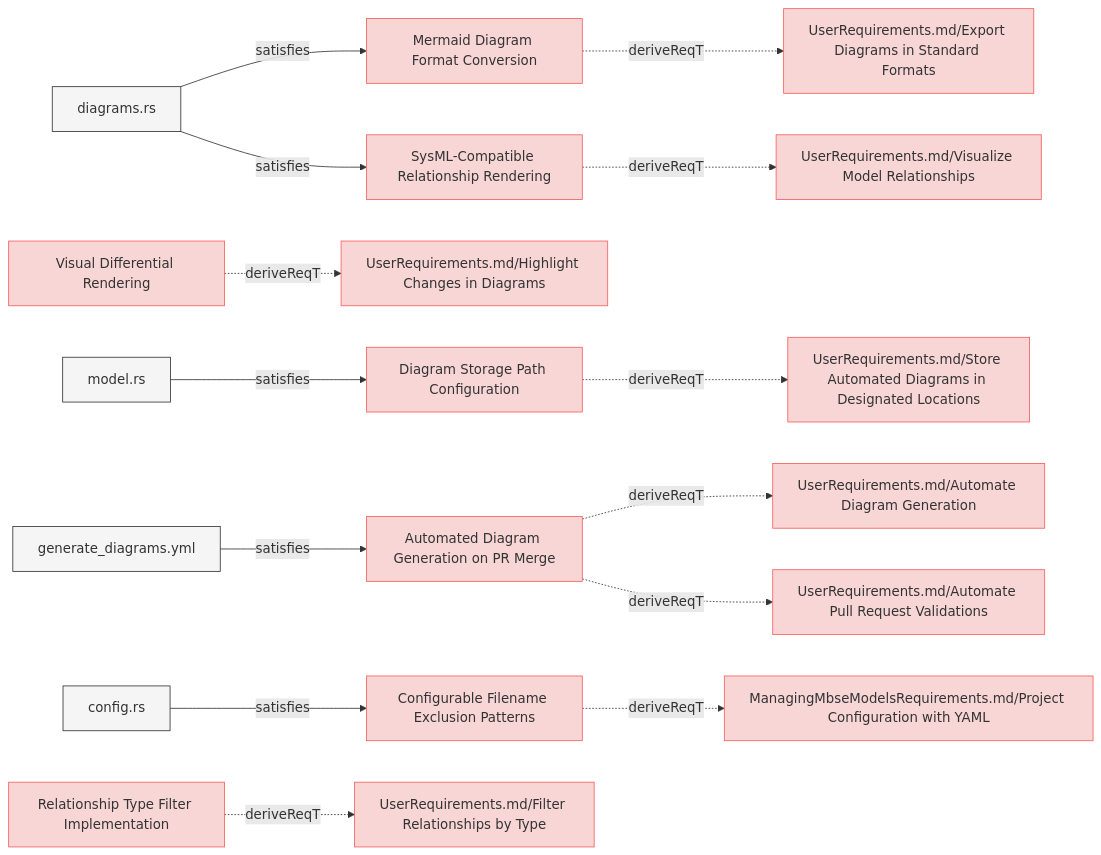
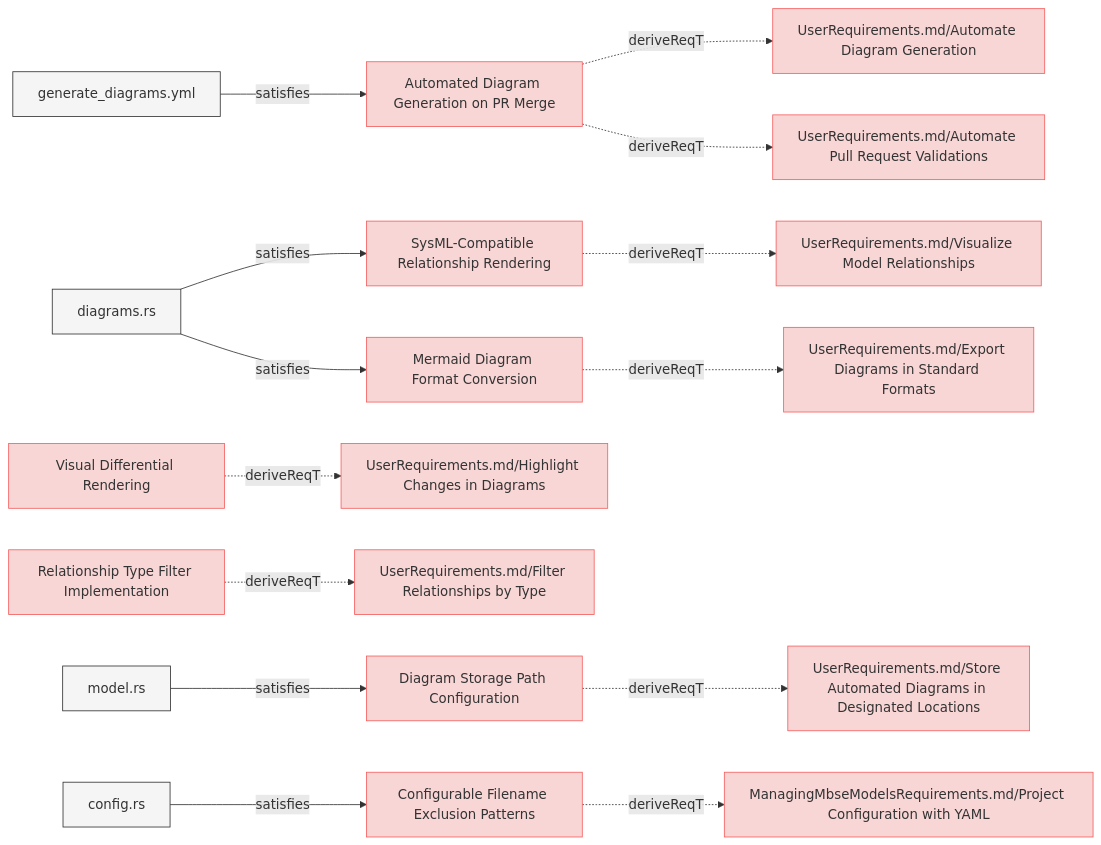
The fifth of 8 diagrams in specifications/SystemRequirements/Requirements.md (reqvire-org/reqvire), drawn with Mermaid before and after one commit. The commit also changed other lines of this file and 20 other files, not shown here.

````diff
--- a/specifications/SystemRequirements/Requirements.md
+++ b/specifications/SystemRequirements/Requirements.md
@@ -497,79 +489,79 @@
 ```mermaid
 graph LR;
   %% Graph styling
   classDef requirement fill:#f9d6d6,stroke:#f55f5f,stroke-width:1px;
   classDef verification fill:#d6f9d6,stroke:#5fd75f,stroke-width:1px;
   classDef externalLink fill:#d0e0ff,stroke:#3080ff,stroke-width:1px;
   classDef default fill:#f5f5f5,stroke:#333333,stroke-width:1px;
 
+  793154acc336992c["Automated Diagram Generation on PR Merge"];
+  click 793154acc336992c "https://github.com/Reqvire/reqvire/blob/667635d4628fed400323f7df3689af2dbc2ad666/specifications/SystemRequirements/Requirements.md#automated-diagram-generation-on-pr-merge";
+  class 793154acc336992c requirement;
+  c522cf4c404bdc24["UserRequirements.md/Automate Diagram Generation"];
+  class c522cf4c404bdc24 requirement;
+  click c522cf4c404bdc24 "https://github.com/Reqvire/reqvire/blob/667635d4628fed400323f7df3689af2dbc2ad666/specifications/UserRequirements.md#automate-diagram-generation";
+  793154acc336992c -.->|deriveReqT| c522cf4c404bdc24;
+  b41f362e18fb2449["UserRequirements.md/Automate Pull Request Validations"];
+  class b41f362e18fb2449 requirement;
+  click b41f362e18fb2449 "https://github.com/Reqvire/reqvire/blob/667635d4628fed400323f7df3689af2dbc2ad666/specifications/UserRequirements.md#automate-pull-request-validations";
+  793154acc336992c -.->|deriveReqT| b41f362e18fb2449;
+  fdd29f919065644d["generate_diagrams.yml"];
+  class fdd29f919065644d default;
+  click fdd29f919065644d "https://github.com/Reqvire/reqvire/blob/667635d4628fed400323f7df3689af2dbc2ad666/.github/workflows/generate_diagrams.yml";
+  fdd29f919065644d -->|satisfies| 793154acc336992c;
+  5071808e4276f33a["SysML-Compatible Relationship Rendering"];
+  click 5071808e4276f33a "https://github.com/Reqvire/reqvire/blob/667635d4628fed400323f7df3689af2dbc2ad666/specifications/SystemRequirements/Requirements.md#sysml-compatible-relationship-rendering";
+  class 5071808e4276f33a requirement;
+  eed0b020b6ddeae1["UserRequirements.md/Visualize Model Relationships"];
+  class eed0b020b6ddeae1 requirement;
+  click eed0b020b6ddeae1 "https://github.com/Reqvire/reqvire/blob/667635d4628fed400323f7df3689af2dbc2ad666/specifications/UserRequirements.md#visualize-model-relationships";
+  5071808e4276f33a -.->|deriveReqT| eed0b020b6ddeae1;
+  95f7dce6aff47396["diagrams.rs"];
+  class 95f7dce6aff47396 default;
+  click 95f7dce6aff47396 "https://github.com/Reqvire/reqvire/blob/667635d4628fed400323f7df3689af2dbc2ad666/core/src/diagrams.rs";
+  95f7dce6aff47396 -->|satisfies| 5071808e4276f33a;
+  d812c13722abb71d["Visual Differential Rendering"];
+  click d812c13722abb71d "https://github.com/Reqvire/reqvire/blob/667635d4628fed400323f7df3689af2dbc2ad666/specifications/SystemRequirements/Requirements.md#visual-differential-rendering";
+  class d812c13722abb71d requirement;
+  ac914f743d73674e["UserRequirements.md/Highlight Changes in Diagrams"];
+  class ac914f743d73674e requirement;
+  click ac914f743d73674e "https://github.com/Reqvire/reqvire/blob/667635d4628fed400323f7df3689af2dbc2ad666/specifications/UserRequirements.md#highlight-changes-in-diagrams";
+  d812c13722abb71d -.->|deriveReqT| ac914f743d73674e;
+  cb1ad39c7552a3cd["Diagram Storage Path Configuration"];
+  click cb1ad39c7552a3cd "https://github.com/Reqvire/reqvire/blob/667635d4628fed400323f7df3689af2dbc2ad666/specifications/SystemRequirements/Requirements.md#diagram-storage-path-configuration";
+  class cb1ad39c7552a3cd requirement;
+  89097c1311055b72["UserRequirements.md/Store Automated Diagrams in Designated Locations"];
+  class 89097c1311055b72 requirement;
+  click 89097c1311055b72 "https://github.com/Reqvire/reqvire/blob/667635d4628fed400323f7df3689af2dbc2ad666/specifications/UserRequirements.md#store-automated-diagrams-in-designated-locations";
+  cb1ad39c7552a3cd -.->|deriveReqT| 89097c1311055b72;
+  36fd2b1e82621caf["model.rs"];
+  class 36fd2b1e82621caf default;
+  click 36fd2b1e82621caf "https://github.com/Reqvire/reqvire/blob/667635d4628fed400323f7df3689af2dbc2ad666/core/src/model.rs";
+  36fd2b1e82621caf -->|satisfies| cb1ad39c7552a3cd;
+  bd72564894314bf6["Relationship Type Filter Implementation"];
+  click bd72564894314bf6 "https://github.com/Reqvire/reqvire/blob/667635d4628fed400323f7df3689af2dbc2ad666/specifications/SystemRequirements/Requirements.md#relationship-type-filter-implementation";
+  class bd72564894314bf6 requirement;
+  66e9d8186acafd13["UserRequirements.md/Filter Relationships by Type"];
+  class 66e9d8186acafd13 requirement;
+  click 66e9d8186acafd13 "https://github.com/Reqvire/reqvire/blob/667635d4628fed400323f7df3689af2dbc2ad666/specifications/UserRequirements.md#filter-relationships-by-type";
+  bd72564894314bf6 -.->|deriveReqT| 66e9d8186acafd13;
   b8208c9b1d6a312a["Mermaid Diagram Format Conversion"];
-  click b8208c9b1d6a312a "https://github.com/Reqvire/reqvire/blob/30536324899084e88969175e3613c971ffa6e108/specifications/SystemRequirements/Requirements.md#mermaid-diagram-format-conversion";
+  click b8208c9b1d6a312a "https://github.com/Reqvire/reqvire/blob/667635d4628fed400323f7df3689af2dbc2ad666/specifications/SystemRequirements/Requirements.md#mermaid-diagram-format-conversion";
   class b8208c9b1d6a312a requirement;
   a0274ca0625d8493["UserRequirements.md/Export Diagrams in Standard Formats"];
   class a0274ca0625d8493 requirement;
-  click a0274ca0625d8493 "https://github.com/Reqvire/reqvire/blob/30536324899084e88969175e3613c971ffa6e108/specifications/UserRequirements.md#export-diagrams-in-standard-formats";
+  click a0274ca0625d8493 "https://github.com/Reqvire/reqvire/blob/667635d4628fed400323f7df3689af2dbc2ad666/specifications/UserRequirements.md#export-diagrams-in-standard-formats";
   b8208c9b1d6a312a -.->|deriveReqT| a0274ca0625d8493;
-  95f7dce6aff47396["diagrams.rs"];
-  class 95f7dce6aff47396 default;
-  click 95f7dce6aff47396 "https://github.com/Reqvire/reqvire/blob/30536324899084e88969175e3613c971ffa6e108/core/src/diagrams.rs";
   95f7dce6aff47396 -->|satisfies| b8208c9b1d6a312a;
-  cb1ad39c7552a3cd["Diagram Storage Path Configuration"];
-  click cb1ad39c7552a3cd "https://github.com/Reqvire/reqvire/blob/30536324899084e88969175e3613c971ffa6e108/specifications/SystemRequirements/Requirements.md#diagram-storage-path-configuration";
-  class cb1ad39c7552a3cd requirement;
-  89097c1311055b72["UserRequirements.md/Store Automated Diagrams in Designated Locations"];
-  class 89097c1311055b72 requirement;
-  click 89097c1311055b72 "https://github.com/Reqvire/reqvire/blob/30536324899084e88969175e3613c971ffa6e108/specifications/UserRequirements.md#store-automated-diagrams-in-designated-locations";
-  cb1ad39c7552a3cd -.->|deriveReqT| 89097c1311055b72;
-  36fd2b1e82621caf["model.rs"];
-  class 36fd2b1e82621caf default;
-  click 36fd2b1e82621caf "https://github.com/Reqvire/reqvire/blob/30536324899084e88969175e3613c971ffa6e108/core/src/model.rs";
-  36fd2b1e82621caf -->|satisfies| cb1ad39c7552a3cd;
-  d812c13722abb71d["Visual Differential Rendering"];
-  click d812c13722abb71d "https://github.com/Reqvire/reqvire/blob/30536324899084e88969175e3613c971ffa6e108/specifications/SystemRequirements/Requirements.md#visual-differential-rendering";
-  class d812c13722abb71d requirement;
-  ac914f743d73674e["UserRequirements.md/Highlight Changes in Diagrams"];
-  class ac914f743d73674e requirement;
-  click ac914f743d73674e "https://github.com/Reqvire/reqvire/blob/30536324899084e88969175e3613c971ffa6e108/specifications/UserRequirements.md#highlight-changes-in-diagrams";
-  d812c13722abb71d -.->|deriveReqT| ac914f743d73674e;
-  793154acc336992c["Automated Diagram Generation on PR Merge"];
-  click 793154acc336992c "https://github.com/Reqvire/reqvire/blob/30536324899084e88969175e3613c971ffa6e108/specifications/SystemRequirements/Requirements.md#automated-diagram-generation-on-pr-merge";
-  class 793154acc336992c requirement;
-  c522cf4c404bdc24["UserRequirements.md/Automate Diagram Generation"];
-  class c522cf4c404bdc24 requirement;
-  click c522cf4c404bdc24 "https://github.com/Reqvire/reqvire/blob/30536324899084e88969175e3613c971ffa6e108/specifications/UserRequirements.md#automate-diagram-generation";
-  793154acc336992c -.->|deriveReqT| c522cf4c404bdc24;
-  b41f362e18fb2449["UserRequirements.md/Automate Pull Request Validations"];
-  class b41f362e18fb2449 requirement;
-  click b41f362e18fb2449 "https://github.com/Reqvire/reqvire/blob/30536324899084e88969175e3613c971ffa6e108/specifications/UserRequirements.md#automate-pull-request-validations";
-  793154acc336992c -.->|deriveReqT| b41f362e18fb2449;
-  fdd29f919065644d["generate_diagrams.yml"];
-  class fdd29f919065644d default;
-  click fdd29f919065644d "https://github.com/Reqvire/reqvire/blob/30536324899084e88969175e3613c971ffa6e108/.github/workflows/generate_diagrams.yml";
-  fdd29f919065644d -->|satisfies| 793154acc336992c;
   4bf74699f40f4a76["Configurable Filename Exclusion Patterns"];
-  click 4bf74699f40f4a76 "https://github.com/Reqvire/reqvire/blob/30536324899084e88969175e3613c971ffa6e108/specifications/SystemRequirements/Requirements.md#configurable-filename-exclusion-patterns";
+  click 4bf74699f40f4a76 "https://github.com/Reqvire/reqvire/blob/667635d4628fed400323f7df3689af2dbc2ad666/specifications/SystemRequirements/Requirements.md#configurable-filename-exclusion-patterns";
   class 4bf74699f40f4a76 requirement;
   b3ef0fb91572bcf0["ManagingMbseModelsRequirements.md/Project Configuration with YAML"];
   class b3ef0fb91572bcf0 requirement;
-  click b3ef0fb91572bcf0 "https://github.com/Reqvire/reqvire/blob/30536324899084e88969175e3613c971ffa6e108/specifications/ManagingMbseModelsRequirements.md#project-configuration-with-yaml";
+  click b3ef0fb91572bcf0 "https://github.com/Reqvire/reqvire/blob/667635d4628fed400323f7df3689af2dbc2ad666/specifications/ManagingMbseModelsRequirements.md#project-configuration-with-yaml";
   4bf74699f40f4a76 -.->|deriveReqT| b3ef0fb91572bcf0;
   d89f4b0d2edaac20["config.rs"];
   class d89f4b0d2edaac20 default;
-  click d89f4b0d2edaac20 "https://github.com/Reqvire/reqvire/blob/30536324899084e88969175e3613c971ffa6e108/cli/src/config.rs";
+  click d89f4b0d2edaac20 "https://github.com/Reqvire/reqvire/blob/667635d4628fed400323f7df3689af2dbc2ad666/cli/src/config.rs";
   d89f4b0d2edaac20 -->|satisfies| 4bf74699f40f4a76;
-  5071808e4276f33a["SysML-Compatible Relationship Rendering"];
-  click 5071808e4276f33a "https://github.com/Reqvire/reqvire/blob/30536324899084e88969175e3613c971ffa6e108/specifications/SystemRequirements/Requirements.md#sysml-compatible-relationship-rendering";
-  class 5071808e4276f33a requirement;
-  eed0b020b6ddeae1["UserRequirements.md/Visualize Model Relationships"];
-  class eed0b020b6ddeae1 requirement;
-  click eed0b020b6ddeae1 "https://github.com/Reqvire/reqvire/blob/30536324899084e88969175e3613c971ffa6e108/specifications/UserRequirements.md#visualize-model-relationships";
-  5071808e4276f33a -.->|deriveReqT| eed0b020b6ddeae1;
-  95f7dce6aff47396 -->|satisfies| 5071808e4276f33a;
-  bd72564894314bf6["Relationship Type Filter Implementation"];
-  click bd72564894314bf6 "https://github.com/Reqvire/reqvire/blob/30536324899084e88969175e3613c971ffa6e108/specifications/SystemRequirements/Requirements.md#relationship-type-filter-implementation";
-  class bd72564894314bf6 requirement;
-  66e9d8186acafd13["UserRequirements.md/Filter Relationships by Type"];
-  class 66e9d8186acafd13 requirement;
-  click 66e9d8186acafd13 "https://github.com/Reqvire/reqvire/blob/30536324899084e88969175e3613c971ffa6e108/specifications/UserRequirements.md#filter-relationships-by-type";
-  bd72564894314bf6 -.->|deriveReqT| 66e9d8186acafd13;
 ```
````
